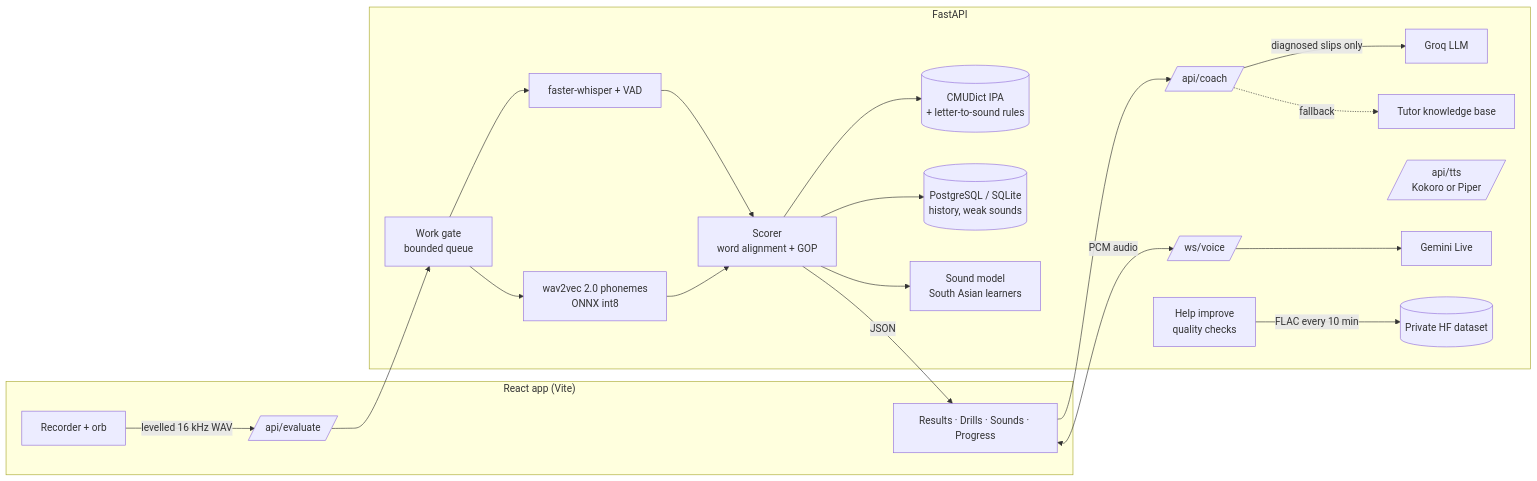
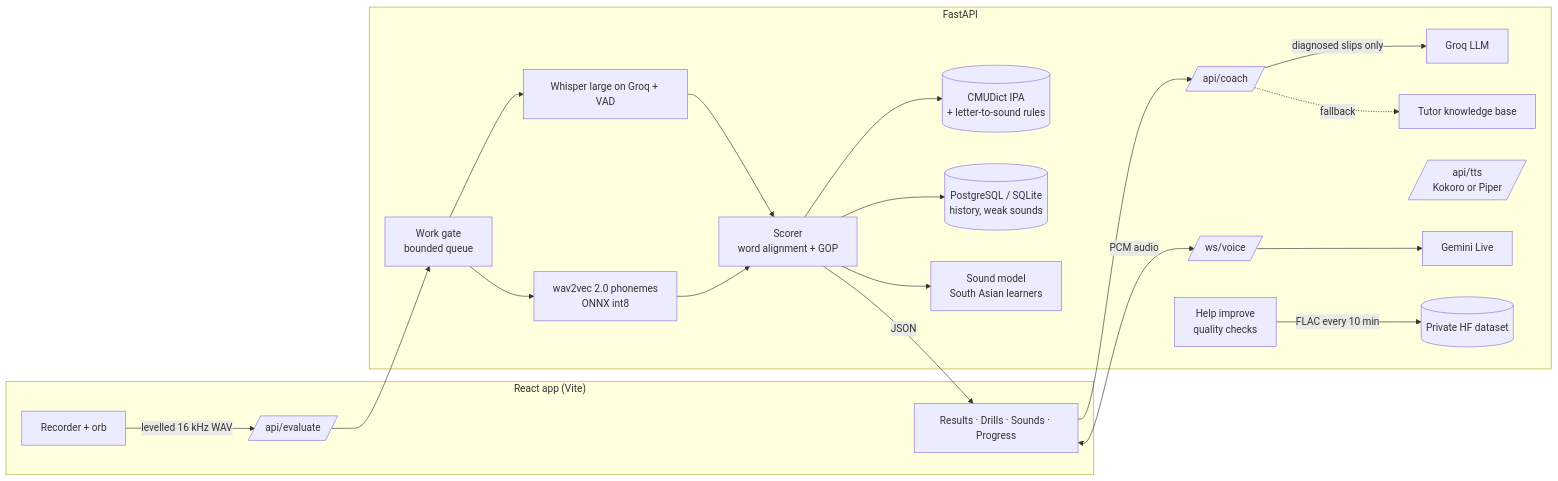
The second of 2 diagrams in README.md (alimehdikhan/A.I-Pronunciation-Coach), drawn with Mermaid before and after one commit. The commit also changed other lines of this file, not shown here.

Commit message:
docs(readme): Whisper large on Groq with a speech detector; long answers uploaded compressed

````diff
--- a/README.md
+++ b/README.md
@@ -838,27 +838,27 @@
 ```mermaid
 flowchart LR
     subgraph Browser["React app (Vite)"]
         Rec[Recorder + orb] -->|levelled 16 kHz WAV| API
         UI[Results · Drills · Sounds · Progress]
     end
 
     subgraph Server["FastAPI"]
         API[/api/evaluate/] --> Gate[Work gate<br/>bounded queue]
-        Gate --> Whisper[faster-whisper + VAD]
+        Gate --> Whisper[Whisper large on Groq + VAD]
         Gate --> Phon[wav2vec 2.0 phonemes<br/>ONNX int8]
         Whisper --> Scorer[Scorer<br/>word alignment + GOP]
         Phon --> Scorer
         Scorer --> CMU[(CMUDict IPA<br/>+ letter-to-sound rules)]
         Scorer --> DB[(PostgreSQL / SQLite<br/>history, weak sounds)]
         Scorer --> SM[Sound model<br/>South Asian learners]
         Coach[/api/coach/] -->|diagnosed slips only| Groq[Groq LLM]
         Coach -.fallback.-> KB[Tutor knowledge base]
         TTS[/api/tts<br/>Kokoro or Piper/]
         Voice[/ws/voice/] --> Gemini[Gemini Live]
         Gift[Help improve<br/>quality checks] -->|FLAC every 10 min| HF[(Private HF dataset)]
     end
 
     Scorer -->|JSON| UI
     UI --> Coach
     UI <-->|PCM audio| Voice
 ```
````
